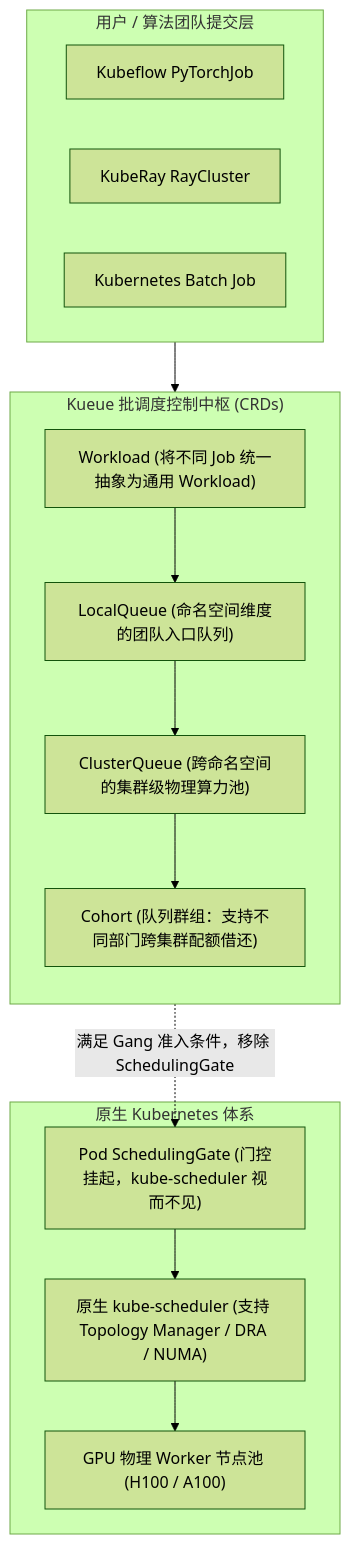
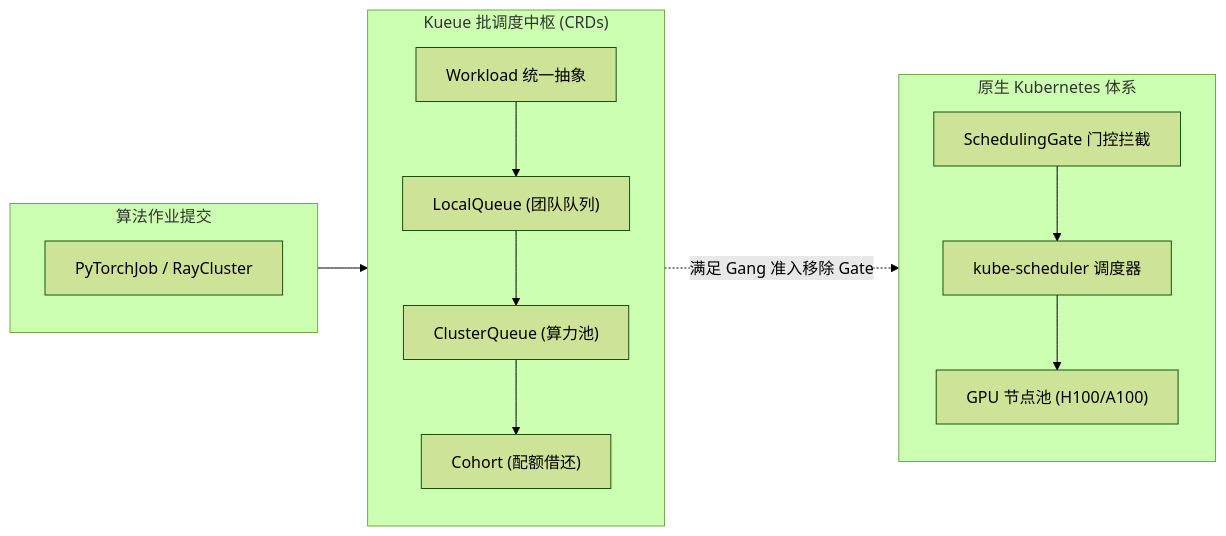
One commit to MoreConsequence/MoreConsequence.github.io changed the third of 4 diagrams in content/posts/kubernetes-internals/k8s-21-ai-llm-batch-scheduling-kueue-gang.md. Above: the diagram before and after it, drawn with Mermaid (forest theme). The commit also changed other lines of this file and 835 other files, not shown here.

First line of the commit message:
feat(blog): 全站33篇新增深度专栏与博文全量审核上线及矢量图表优化

````diff
--- a/content/posts/kubernetes-internals/k8s-21-ai-llm-batch-scheduling-kueue-gang.md
+++ b/content/posts/kubernetes-internals/k8s-21-ai-llm-batch-scheduling-kueue-gang.md
@@ -95,28 +91,27 @@
 ```mermaid
-flowchart TB
-    subgraph UserSpace["用户 / 算法团队提交层"]
-        PyTorchJob["Kubeflow PyTorchJob"]
-        RayCluster["KubeRay RayCluster"]
-        StandardJob["Kubernetes Batch Job"]
+flowchart LR
+    subgraph UserSpace["算法作业提交"]
+        direction TB
+        PyTorchJob["PyTorchJob / RayCluster"]
     end
 
-    subgraph KueueControlPlane["Kueue 批调度控制中枢 (CRDs)"]
+    subgraph KueueControlPlane["Kueue 批调度中枢 (CRDs)"]
         direction TB
-        WorkloadCRD["Workload (将不同 Job 统一抽象为通用 Workload)"]
-        LocalQueue["LocalQueue (命名空间维度的团队入口队列)"]
-        ClusterQueue["ClusterQueue (跨命名空间的集群级物理算力池)"]
-        Cohort["Cohort (队列群组：支持不同部门跨集群配额借还)"]
-        
-        LocalQueue --> ClusterQueue --> Cohort
+        WorkloadCRD["Workload 统一抽象"]
+        LocalQueue["LocalQueue (团队队列)"]
+        ClusterQueue["ClusterQueue (算力池)"]
+        Cohort["Cohort (配额借还)"]
+        WorkloadCRD --> LocalQueue --> ClusterQueue --> Cohort
     end
 
     subgraph NativeKube["原生 Kubernetes 体系"]
-        GateWait["Pod SchedulingGate (门控挂起，kube-scheduler 视而不见)"]
-        KubeSched["原生 kube-scheduler (支持 Topology Manager / DRA / NUMA)"]
-        PhysicalNodes["GPU 物理 Worker 节点池 (H100 / A100)"]
+        direction TB
+        GateWait["SchedulingGate 门控拦截"]
+        KubeSched["kube-scheduler 调度器"]
+        PhysicalNodes["GPU 节点池 (H100/A100)"]
+        GateWait --> KubeSched --> PhysicalNodes
     end
 
-    UserSpace --> WorkloadCRD --> LocalQueue
-    ClusterQueue -.->|"满足 Gang 准入条件，移除 SchedulingGate"| GateWait
-    GateWait --> KubeSched --> PhysicalNodes
+    UserSpace --> WorkloadCRD
+    ClusterQueue -.->|"满足 Gang 准入移除 Gate"| GateWait
 ```
````
